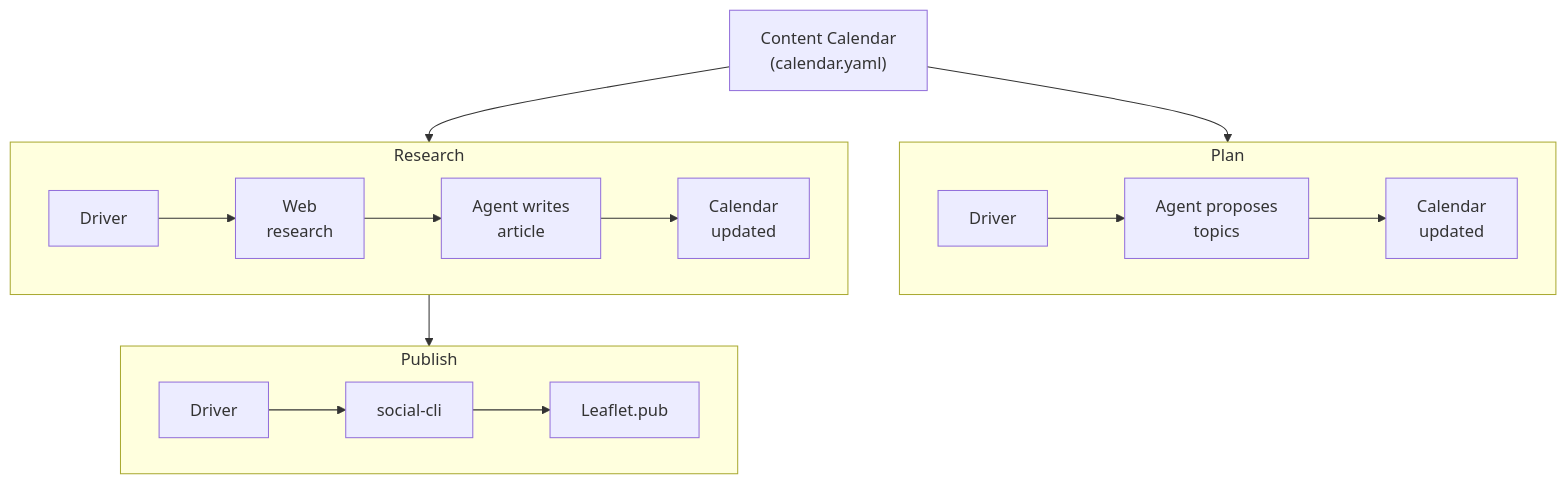
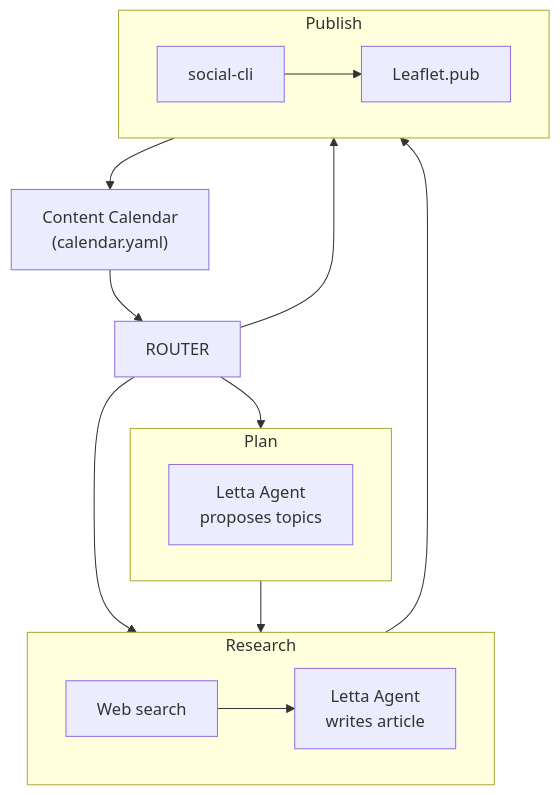
The diagram in src/content/tutorials/letta-leaflet-blog-manager.mdx (greedychipmunk/algodojo-xyz), drawn with Mermaid before and after one commit. The commit also changed other lines of this file, not shown here.

````diff
--- a/src/content/tutorials/letta-leaflet-blog-manager.mdx
+++ b/src/content/tutorials/letta-leaflet-blog-manager.mdx
@@ -39,24 +39,24 @@
 ```mermaid
 flowchart TD
     CC["Content Calendar<br/>(calendar.yaml)"]
 
-    CC --> PLAN
-    CC --> RESEARCH
+    CC --> ROUTER
+    ROUTER --> PLAN
+    ROUTER --> RESEARCH
+    ROUTER --> PUBLISH
+    PLAN --> RESEARCH
     RESEARCH --> PUBLISH
+    PUBLISH --> CC
 
     subgraph PLAN ["Plan"]
-        P1["Driver"] --> P2["Agent proposes<br/>topics"]
-        P2 --> P3["Calendar<br/>updated"]
+        P1["Letta Agent<br/>proposes topics"]
     end
 
     subgraph RESEARCH ["Research"]
-        R1["Driver"] --> R2["Web<br/>research"]
-        R2 --> R3["Agent writes<br/>article"]
-        R3 --> R4["Calendar<br/>updated"]
+        R1["Web search"] --> R2["Letta Agent<br/>writes article"]
     end
 
     subgraph PUBLISH ["Publish"]
-        PU1["Driver"] --> PU2["social-cli"]
-        PU2 --> PU3["Leaflet.pub"]
+        PU1["social-cli"] --> PU2["Leaflet.pub"]
     end
 ```
````
